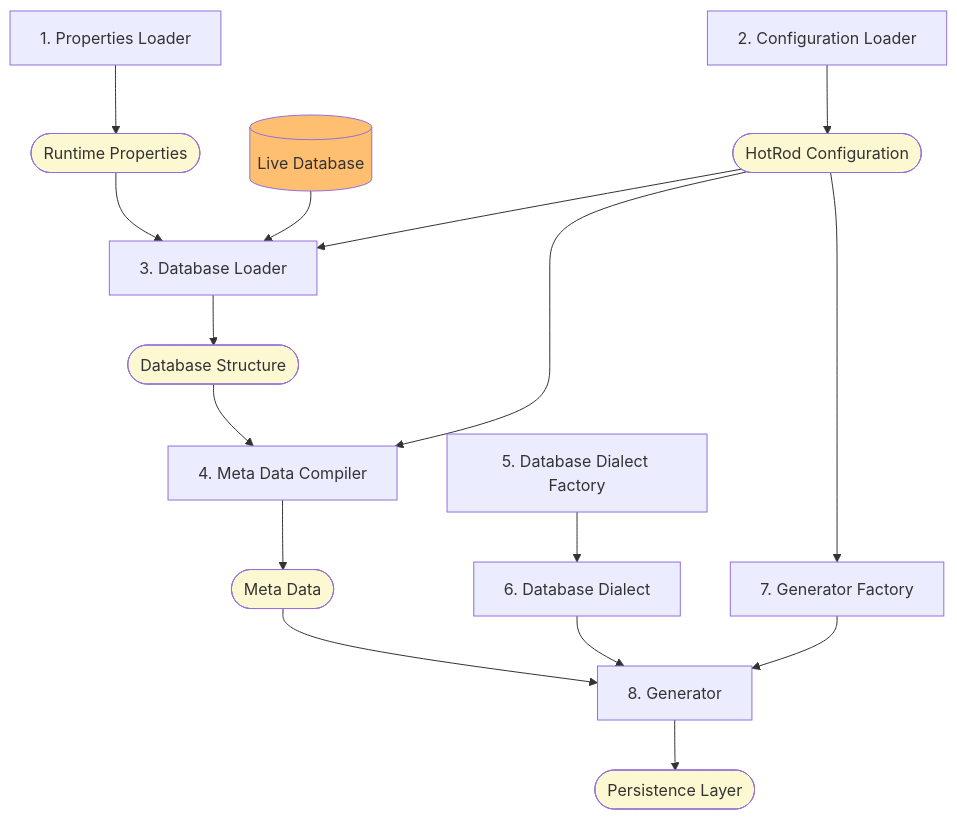
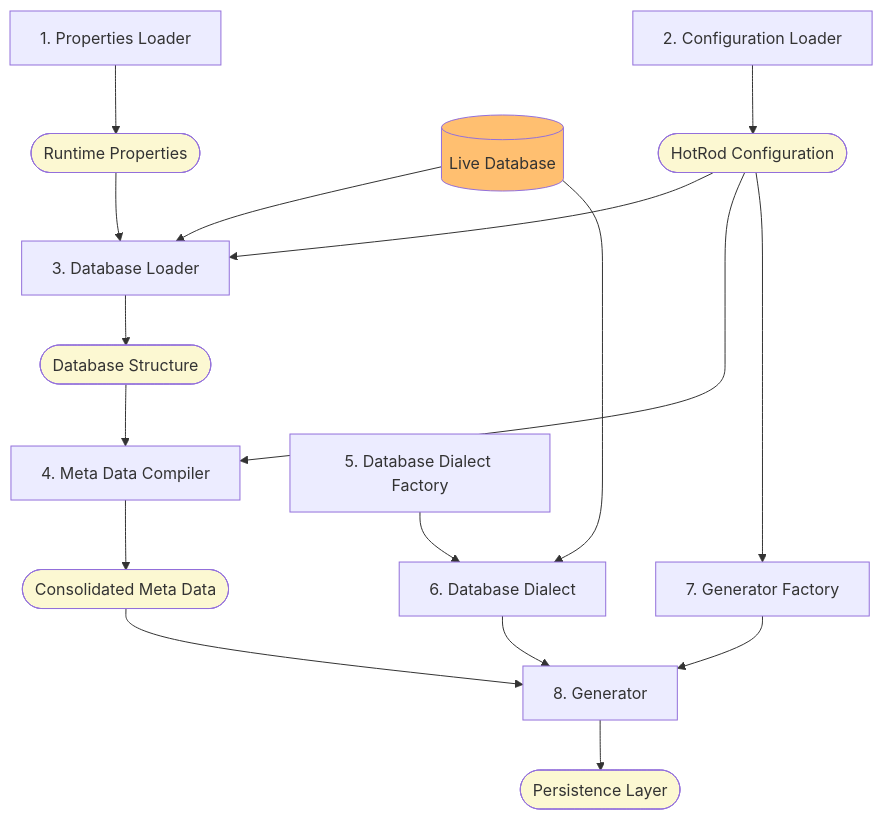
Before and after one commit to hotrodorm/hotrod: the diagram in hotrod-project/docs/architecture.md, drawn with Mermaid. The commit also changed other lines of this file, not shown here.

````diff
--- a/hotrod-project/docs/architecture.md
+++ b/hotrod-project/docs/architecture.md
@@ -17,30 +17,32 @@
 ```mermaid
 graph TD;
 
 A[1. Properties Loader] --> B([Runtime Properties]);
 style B fill:#fcf8d2
 
 B --> F[3. Database Loader];
 G[(Live Database)] --> F;
 style G fill:#ffbf70
 C[2. Configuration Loader] --> D([HotRod Configuration]);
 style D fill:#fcf8d2
 D --> F;
 F --> E([Database Structure]);
 style E fill:#fcf8d2
 
+G --> N;
+
 E --> H[4. Meta Data Compiler];
 D --> H;
-H --> I([Meta Data]);
+H --> I([Consolidated Meta Data]);
 style I fill:#fcf8d2
 
 D --> J[7. Generator Factory];
 J --> K[8. Generator];
 I --> K;
 K --> L([Persistence Layer]);
 style L fill:#fcf8d2
 
 M[5. Database Dialect Factory] --> N[6. Database Dialect];
 N --> K;
 
 ```
````
